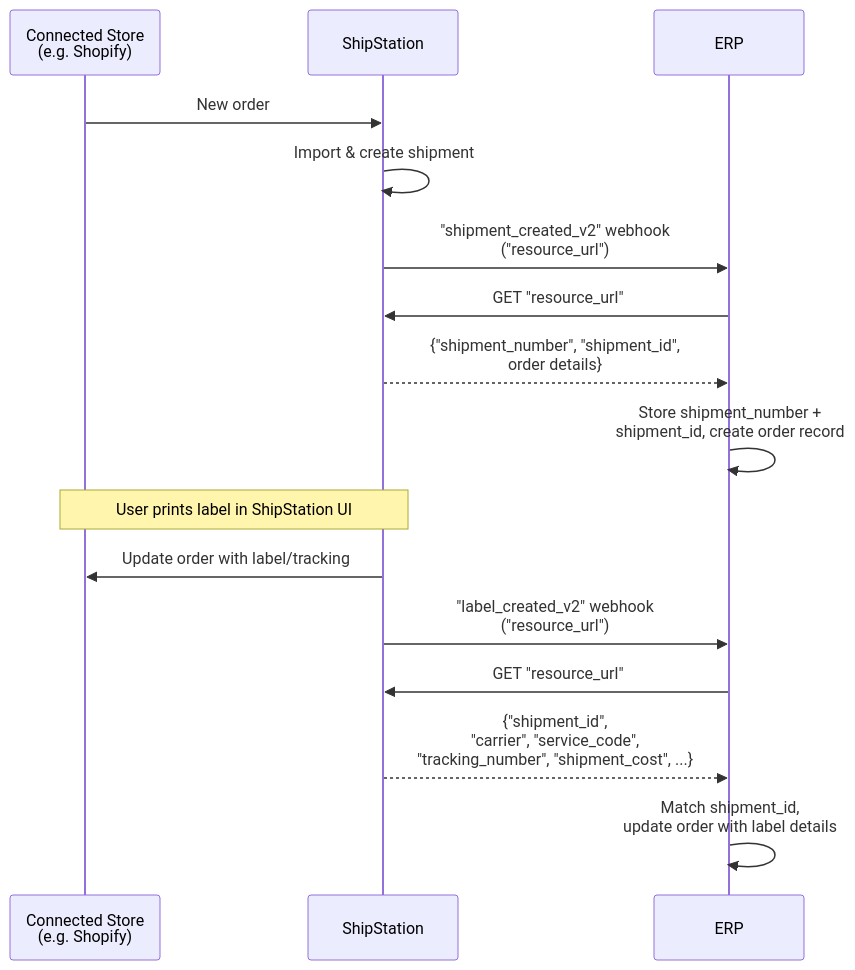
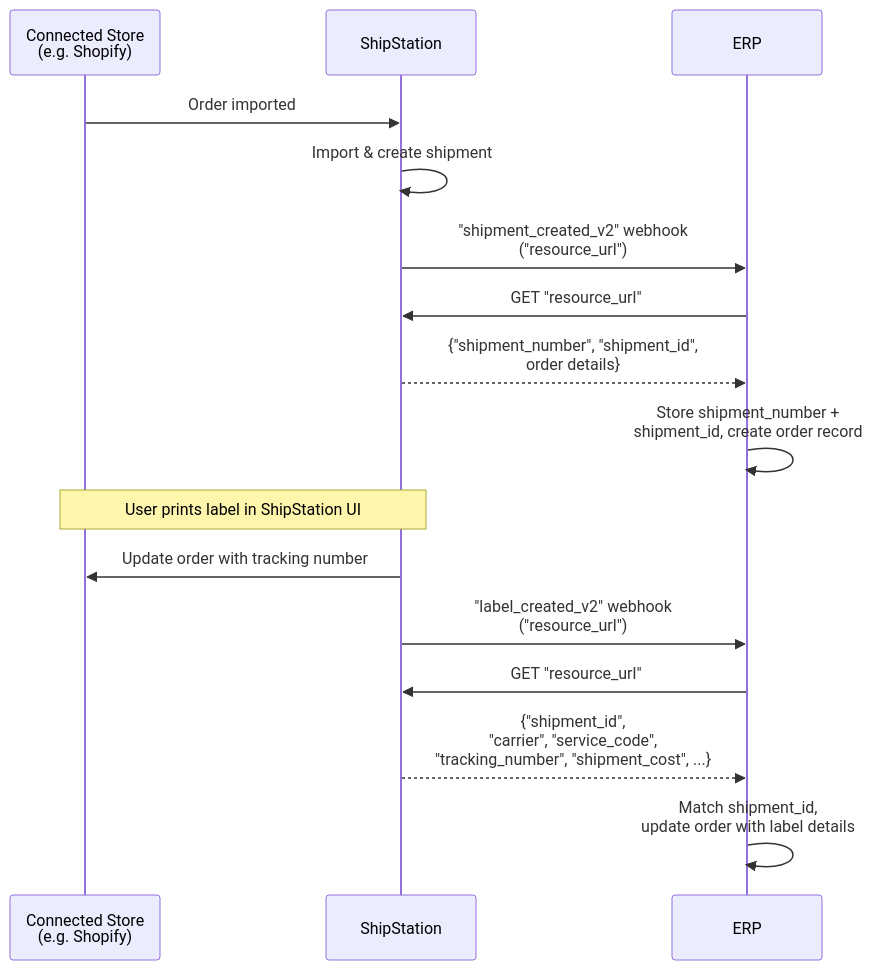
Before and after one commit to pmcgee-personal/shipstation-integration-toolkit: the diagram in patterns/erp/erp-sync-label-print-ui.md, drawn with Mermaid. The commit also changed 6 other files, not shown here.

````diff
--- a/patterns/erp/erp-sync-label-print-ui.md
+++ b/patterns/erp/erp-sync-label-print-ui.md
@@ -9,22 +9,22 @@
 ```mermaid
 sequenceDiagram
     participant Store as Connected Store<br/>(e.g. Shopify)
     participant SS as ShipStation
     participant ERP as ERP
 
-    Store->>SS: New order
+    Store->>SS: Order imported
     SS->>SS: Import & create shipment
 
     SS->>ERP: "shipment_created_v2" webhook<br/>("resource_url")
     ERP->>SS: GET "resource_url"
     SS-->>ERP: {"shipment_number", "shipment_id",<br/>order details}
     ERP->>ERP: Store shipment_number +<br/>shipment_id, create order record
 
     Note over SS,Store: User prints label in ShipStation UI
-    SS->>Store: Update order with label/tracking
+    SS->>Store: Update order with tracking number
     SS->>ERP: "label_created_v2" webhook<br/>("resource_url")
 
     ERP->>SS: GET "resource_url"
     SS-->>ERP: {"shipment_id",<br/>"carrier", "service_code",<br/>"tracking_number", "shipment_cost", ...}
     ERP->>ERP: Match shipment_id,<br/>update order with label details
 ```
````
